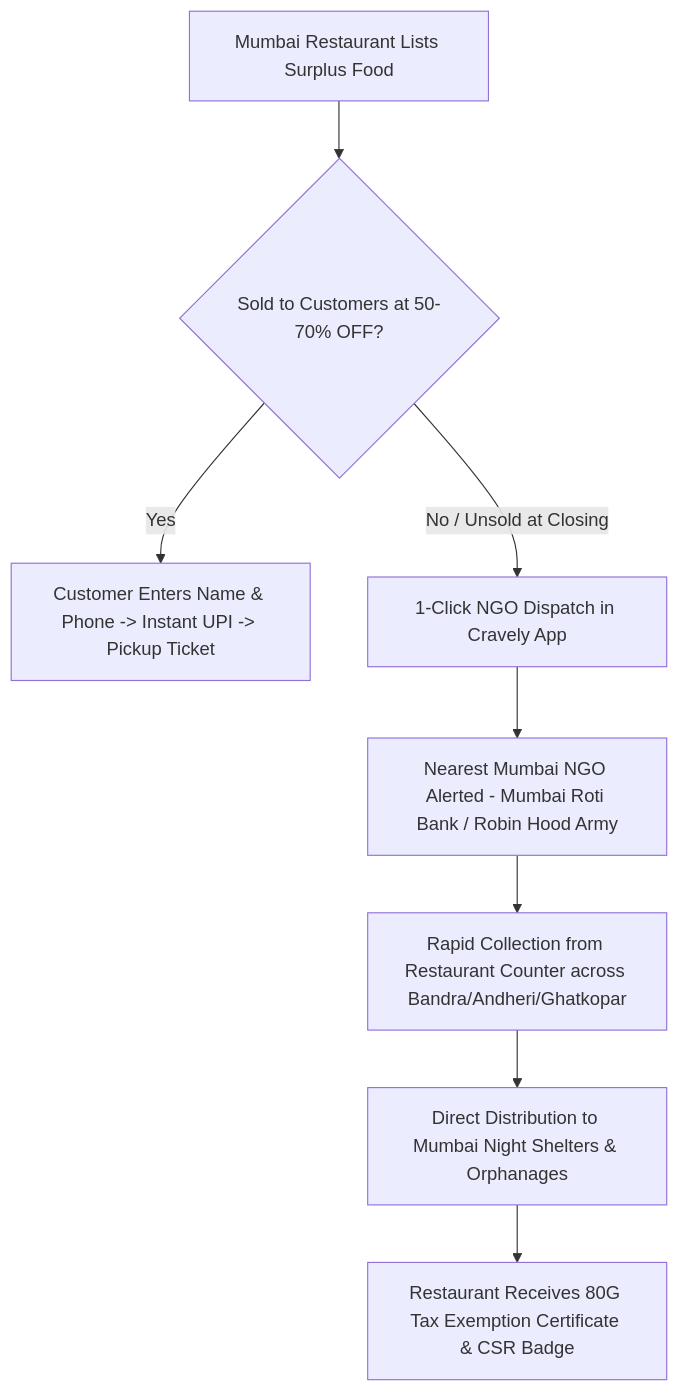
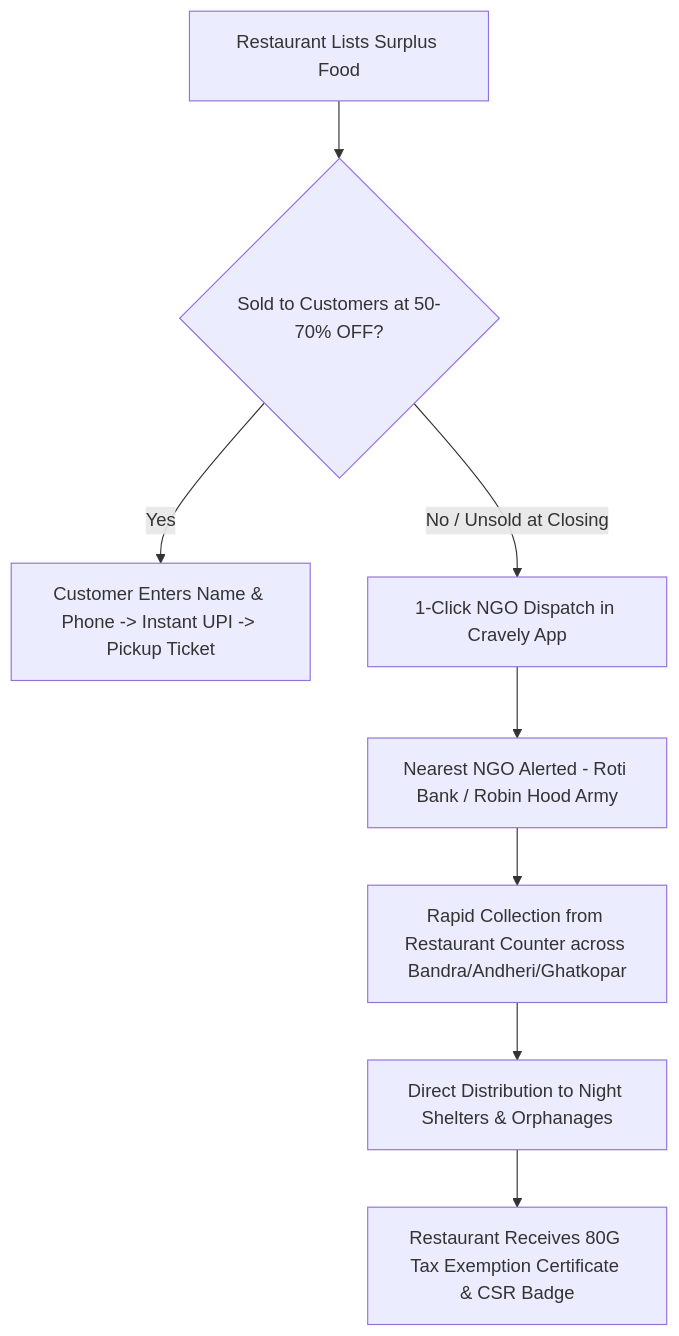
One commit to sidzooni-ctrl/cravely changed the diagram in README.md. Above: the diagram before and after it, drawn with Mermaid. The commit also changed other lines of this file and 2 other files, not shown here.

````diff
--- a/README.md
+++ b/README.md
@@ -55,10 +55,10 @@
 ```mermaid
 graph TD
-    A[Mumbai Restaurant Lists Surplus Food] --> B{Sold to Customers at 50-70% OFF?}
+    A[Restaurant Lists Surplus Food] --> B{Sold to Customers at 50-70% OFF?}
     B -->|Yes| C[Customer Enters Name & Phone -> Instant UPI -> Pickup Ticket]
     B -->|No / Unsold at Closing| D[1-Click NGO Dispatch in Cravely App]
-    D --> E[Nearest Mumbai NGO Alerted - Mumbai Roti Bank / Robin Hood Army]
+    D --> E[Nearest NGO Alerted - Roti Bank / Robin Hood Army]
     E --> F[Rapid Collection from Restaurant Counter across Bandra/Andheri/Ghatkopar]
-    F --> G[Direct Distribution to Mumbai Night Shelters & Orphanages]
+    F --> G[Direct Distribution to Night Shelters & Orphanages]
     G --> H[Restaurant Receives 80G Tax Exemption Certificate & CSR Badge]
 ```
````
